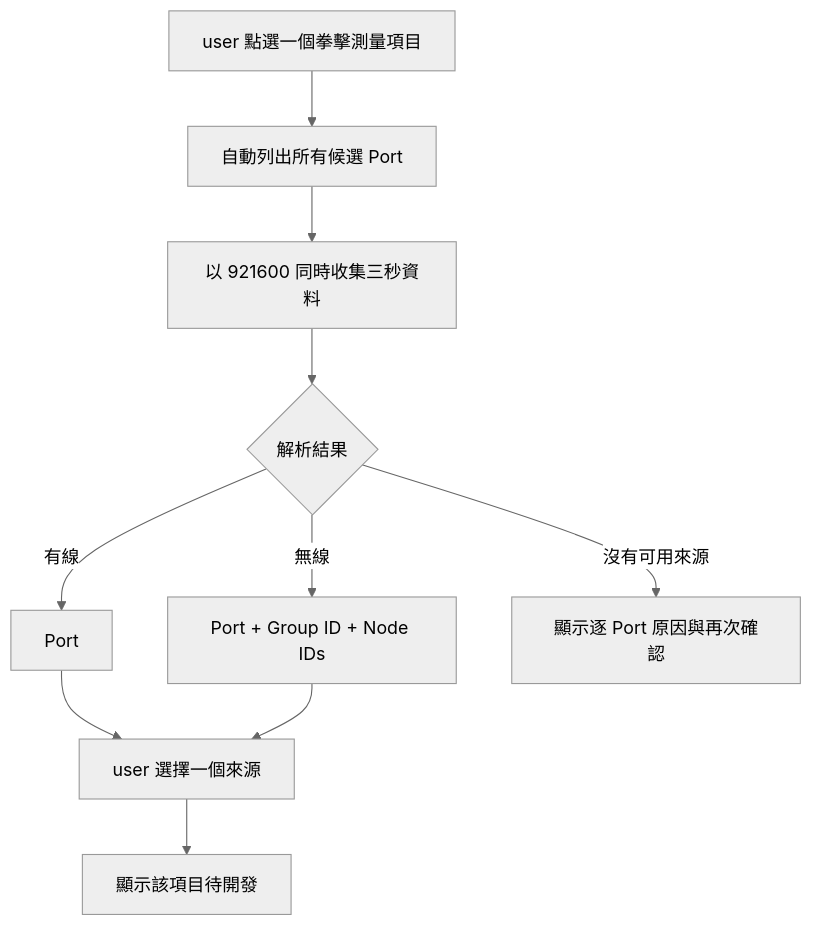
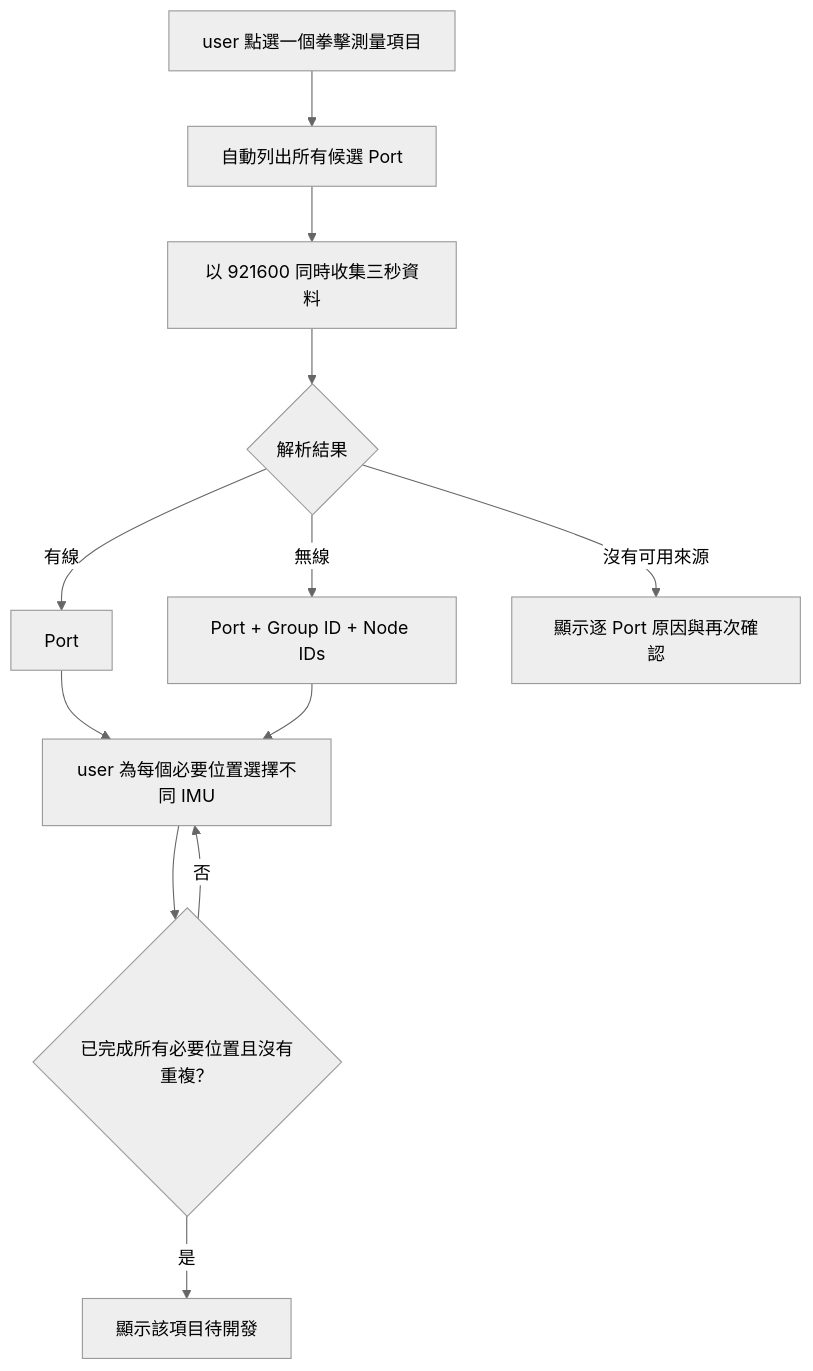
One commit to conan0220/BAP changed the diagram in openspec/specs/imu-source-discovery/spec.md. Above: the diagram before and after it, drawn with Mermaid (neutral theme). The commit also changed other lines of this file and 14 other files, not shown here.

````diff
--- a/openspec/specs/imu-source-discovery/spec.md
+++ b/openspec/specs/imu-source-discovery/spec.md
@@ -18,11 +23,13 @@
 ```mermaid
 flowchart TD
     ITEM[user 點選一個拳擊測量項目] --> AUTO[自動列出所有候選 Port]
     AUTO --> CAPTURE[以 921600 同時收集三秒資料]
     CAPTURE --> CLASSIFY{解析結果}
     CLASSIFY -->|有線| WP[Port]
     CLASSIFY -->|無線| WN[Port + Group ID + Node IDs]
     CLASSIFY -->|沒有可用來源| ERR[顯示逐 Port 原因與再次確認]
-    WP & WN --> PICK[user 選擇一個來源]
-    PICK --> PENDING[顯示該項目待開發]
+    WP & WN --> PICK[user 為每個必要位置選擇不同 IMU]
+    PICK --> VALID{已完成所有必要位置且沒有重複？}
+    VALID -->|是| PENDING[顯示該項目待開發]
+    VALID -->|否| PICK
 ```
````
